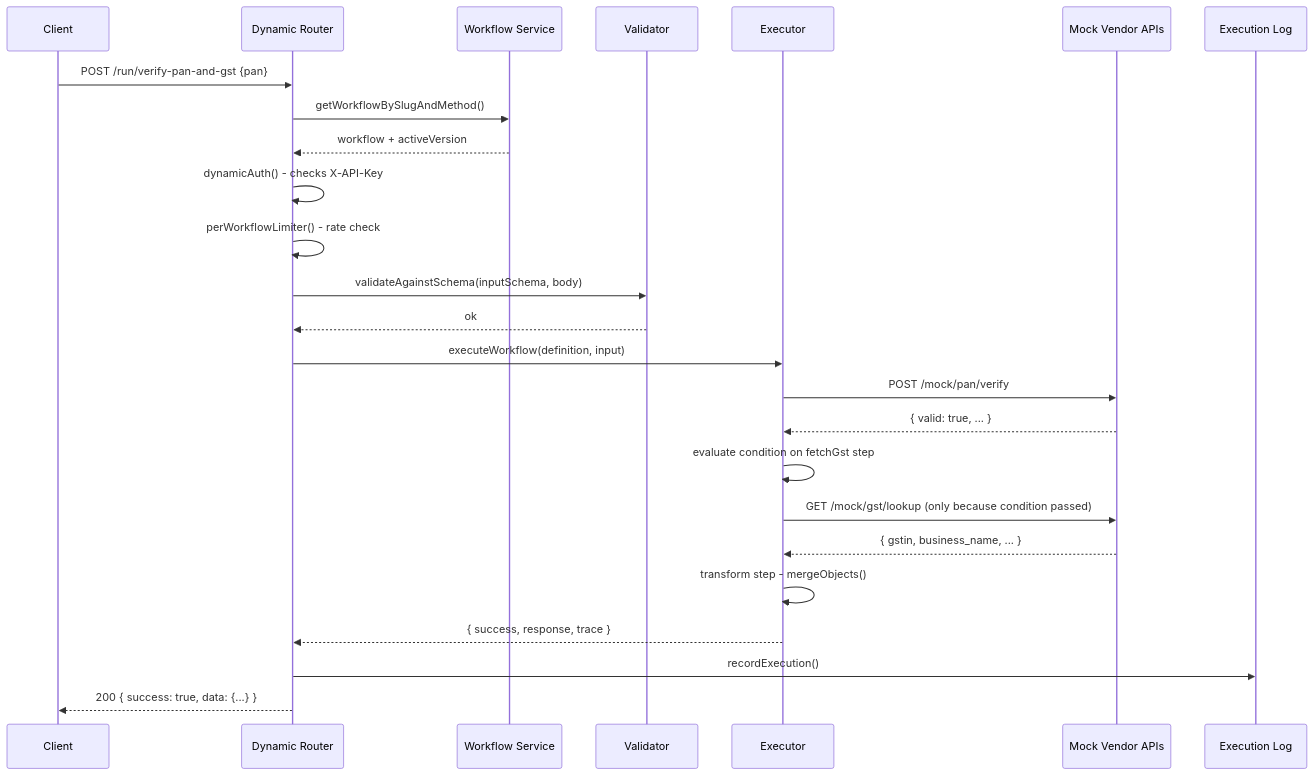
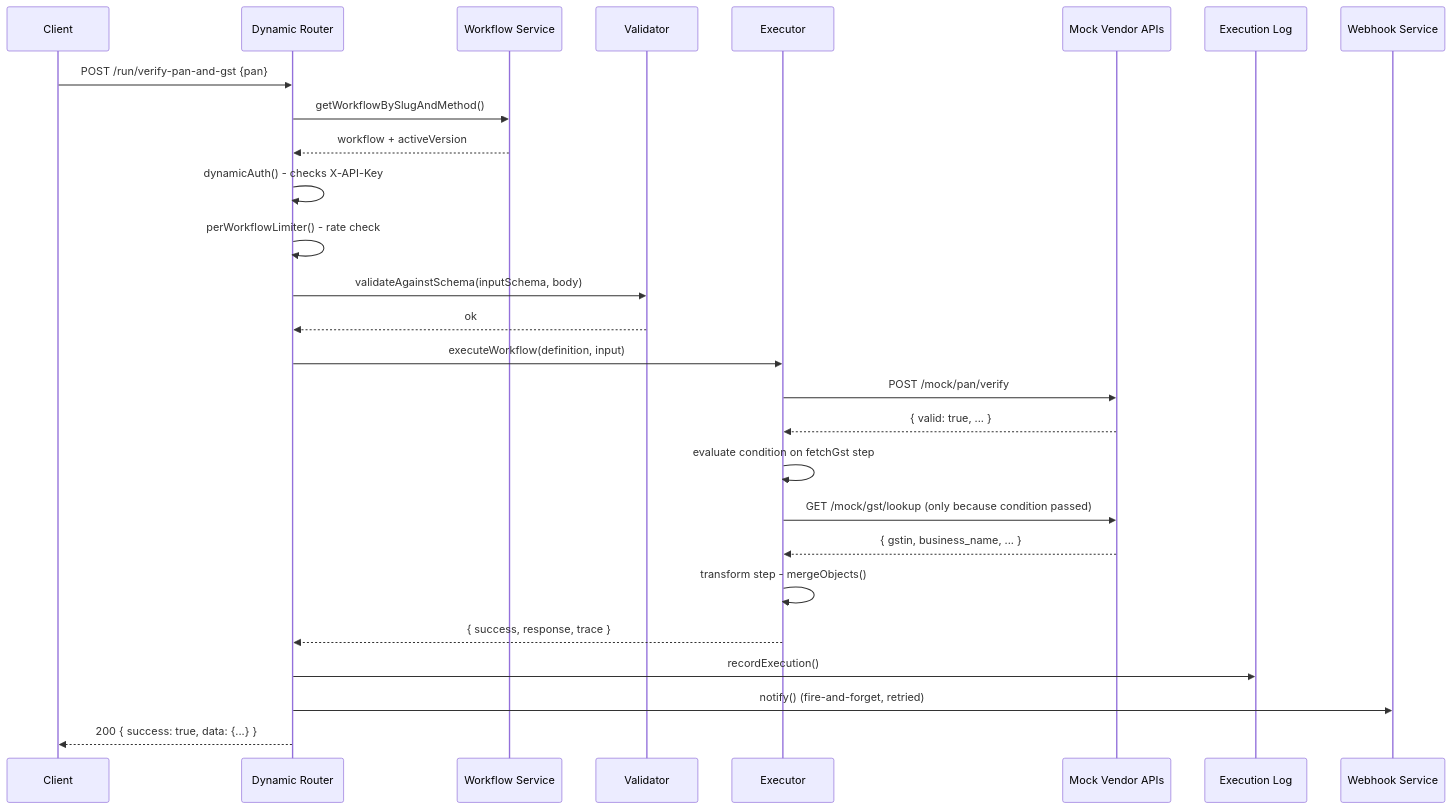
The second of 2 diagrams in ARCHITECTURE.md (nikill04/Low-Code-API-Orchestration-Platform), drawn with Mermaid before and after one commit. The commit also changed other lines of this file and 17 other files, not shown here.

````diff
--- a/ARCHITECTURE.md
+++ b/ARCHITECTURE.md
@@ -49,28 +55,30 @@
 ```mermaid
 sequenceDiagram
     participant C as Client
     participant R as Dynamic Router
     participant WS as Workflow Service
     participant V as Validator
     participant E as Executor
     participant Vendor as Mock Vendor APIs
     participant Log as Execution Log
+    participant Hook as Webhook Service
 
     C->>R: POST /run/verify-pan-and-gst {pan}
     R->>WS: getWorkflowBySlugAndMethod()
     WS-->>R: workflow + activeVersion
     R->>R: dynamicAuth() - checks X-API-Key
     R->>R: perWorkflowLimiter() - rate check
     R->>V: validateAgainstSchema(inputSchema, body)
     V-->>R: ok
     R->>E: executeWorkflow(definition, input)
     E->>Vendor: POST /mock/pan/verify
     Vendor-->>E: { valid: true, ... }
     E->>E: evaluate condition on fetchGst step
     E->>Vendor: GET /mock/gst/lookup (only because condition passed)
     Vendor-->>E: { gstin, business_name, ... }
     E->>E: transform step - mergeObjects()
     E-->>R: { success, response, trace }
     R->>Log: recordExecution()
+    R->>Hook: notify() (fire-and-forget, retried)
     R-->>C: 200 { success: true, data: {...} }
 ```
````
